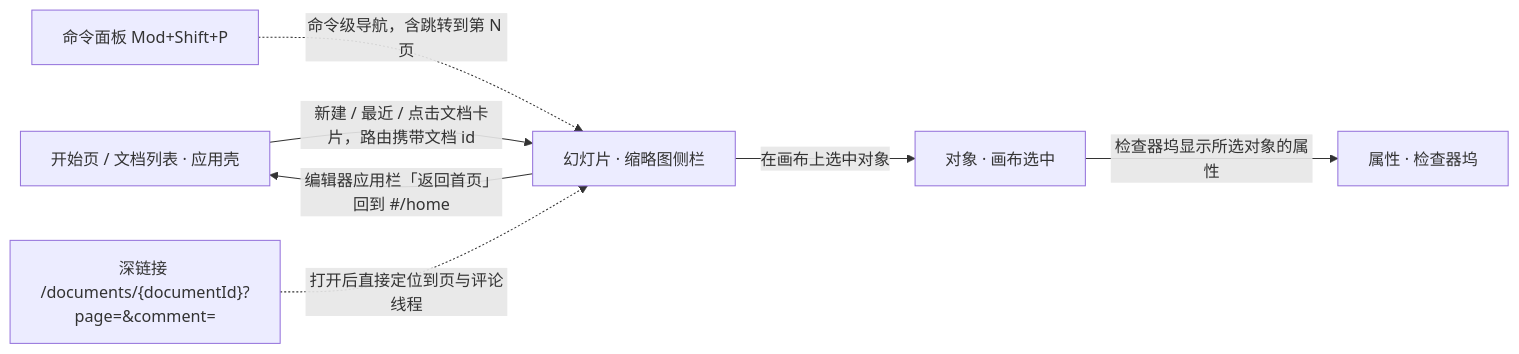
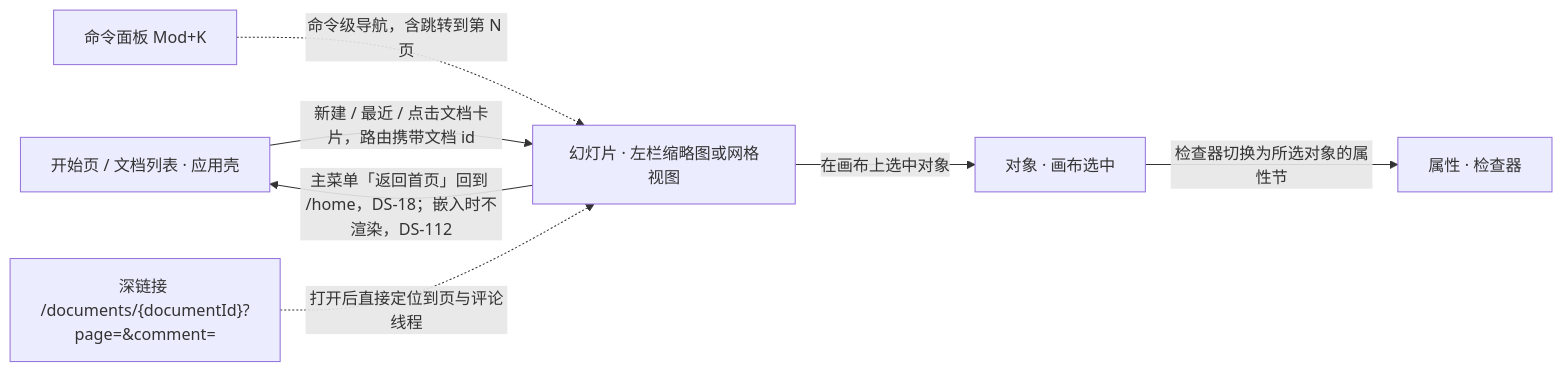
Before and after one commit to Xeonice/cordis-ppt-editor: the second of 7 diagrams in docs/20-design/01-information-architecture.md, drawn with Mermaid. The commit also changed other lines of this file and 44 other files, not shown here.

````diff
--- a/docs/20-design/01-information-architecture.md
+++ b/docs/20-design/01-information-architecture.md
@@ -157,15 +189,15 @@
 ```mermaid
 flowchart LR
   shellNav["开始页 / 文档列表 · 应用壳"]
-  slide["幻灯片 · 缩略图侧栏"]
+  slide["幻灯片 · 左栏缩略图或网格视图"]
   obj["对象 · 画布选中"]
-  prop["属性 · 检查器坞"]
-  palette["命令面板 Mod+Shift+P"]
+  prop["属性 · 检查器"]
+  palette["命令面板 Mod+K"]
   deep["深链接 /documents/{documentId}?page=&comment="]
   shellNav -->|"新建 / 最近 / 点击文档卡片，路由携带文档 id"| slide
   slide -->|"在画布上选中对象"| obj
-  obj -->|"检查器坞显示所选对象的属性"| prop
-  slide -->|"编辑器应用栏「返回首页」回到 #/home"| shellNav
+  obj -->|"检查器切换为所选对象的属性节"| prop
+  slide -->|"主菜单「返回首页」回到 /home，DS-18；嵌入时不渲染，DS-112"| shellNav
   palette -.->|"命令级导航，含跳转到第 N 页"| slide
   deep -.->|"打开后直接定位到页与评论线程"| slide
 ```
````
